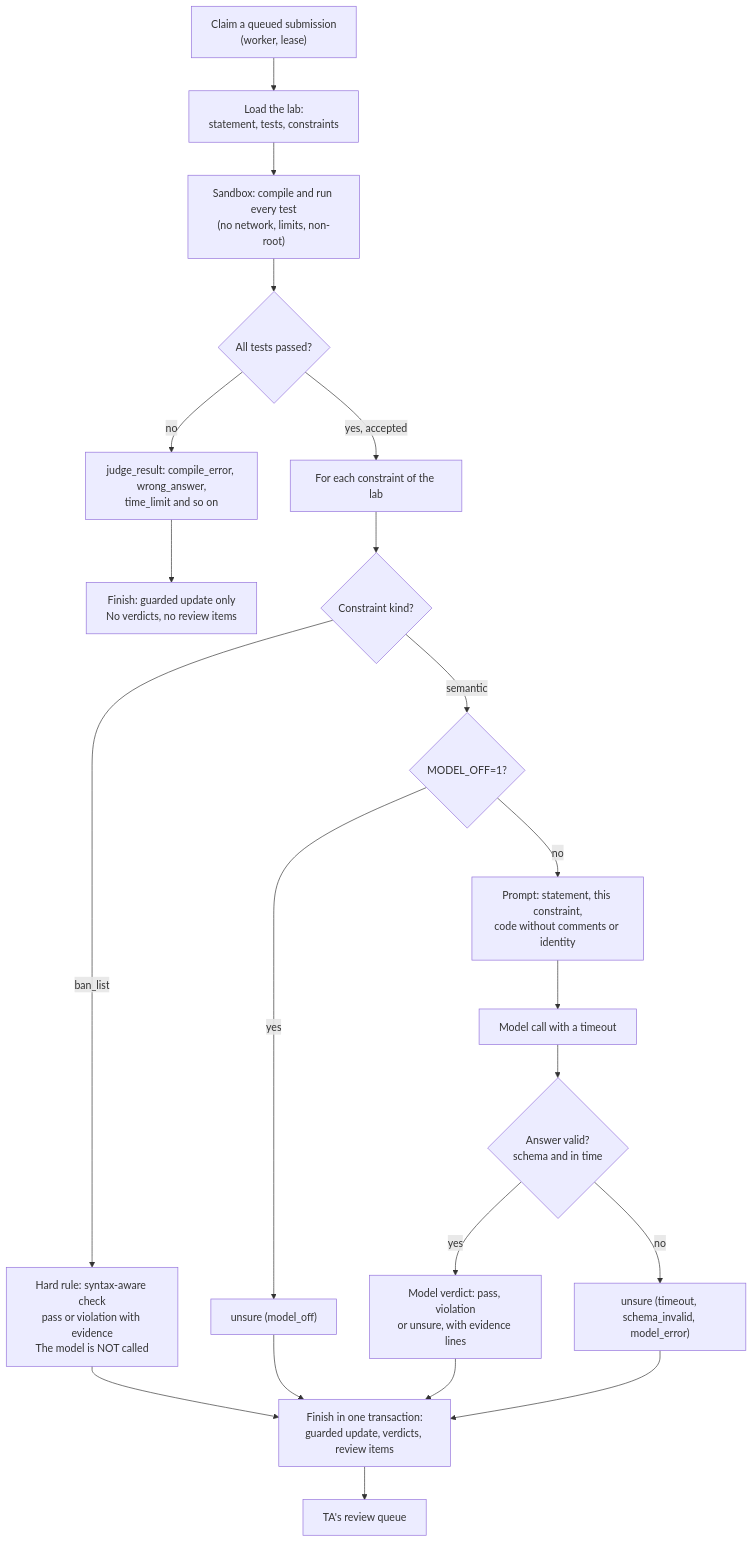
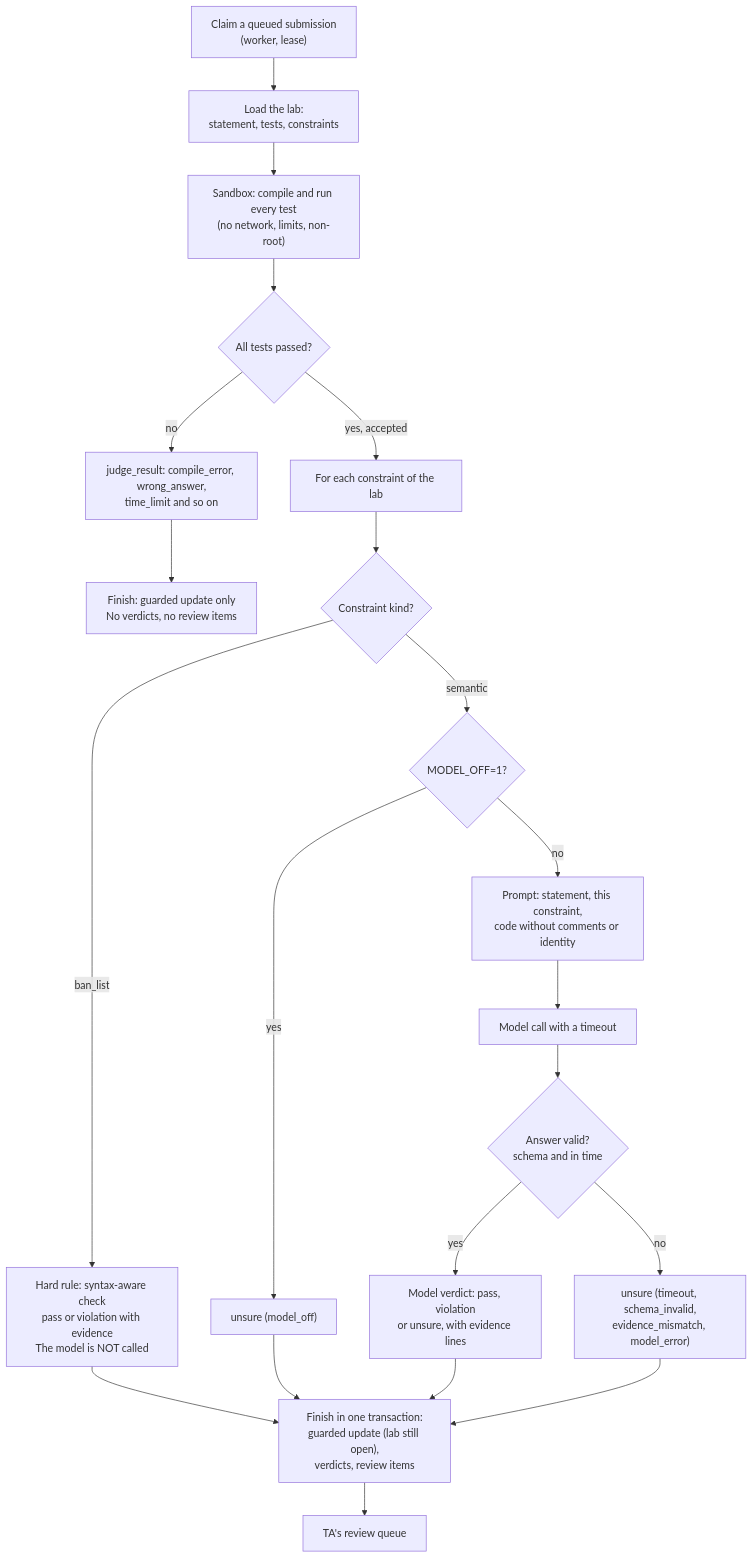
The second of 2 diagrams in docs/ARCHITECTURE.md (trngqn-svg/LeeTKOB), drawn with Mermaid before and after one commit. The commit also changed other lines of this file and 1 other file, not shown here.

````diff
--- a/docs/ARCHITECTURE.md
+++ b/docs/ARCHITECTURE.md
@@ -409,23 +495,23 @@
 ```mermaid
 flowchart TD
     A["Claim a queued submission<br>(worker, lease)"] --> B["Load the lab:<br>statement, tests, constraints"]
     B --> C["Sandbox: compile and run every test<br>(no network, limits, non-root)"]
     C --> D{"All tests passed?"}
     D -- "no" --> E["judge_result: compile_error, wrong_answer,<br>time_limit and so on"]
     E --> P2["Finish: guarded update only<br>No verdicts, no review items"]
     D -- "yes, accepted" --> F["For each constraint of the lab"]
     F --> G{"Constraint kind?"}
     G -- "ban_list" --> H["Hard rule: syntax-aware check<br>pass or violation with evidence<br>The model is NOT called"]
     G -- "semantic" --> I{"MODEL_OFF=1?"}
     I -- "yes" --> J["unsure (model_off)"]
     I -- "no" --> K["Prompt: statement, this constraint,<br>code without comments or identity"]
     K --> L["Model call with a timeout"]
     L --> M{"Answer valid?<br>schema and in time"}
     M -- "yes" --> N["Model verdict: pass, violation<br>or unsure, with evidence lines"]
-    M -- "no" --> O["unsure (timeout, schema_invalid, model_error)"]
-    H --> P["Finish in one transaction:<br>guarded update, verdicts, review items"]
+    M -- "no" --> O["unsure (timeout, schema_invalid,<br>evidence_mismatch, model_error)"]
+    H --> P["Finish in one transaction:<br>guarded update (lab still open),<br>verdicts, review items"]
     J --> P
     N --> P
     O --> P
     P --> Q["TA's review queue"]
 ```
````
